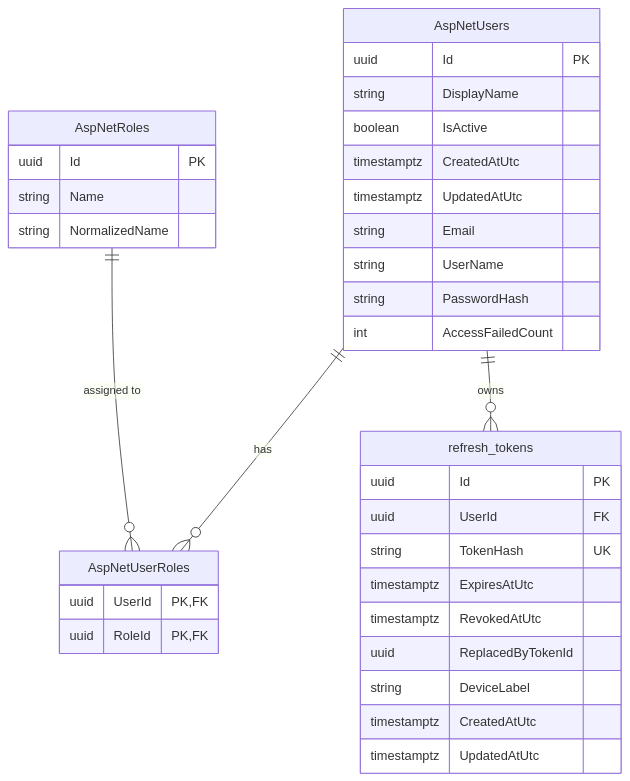
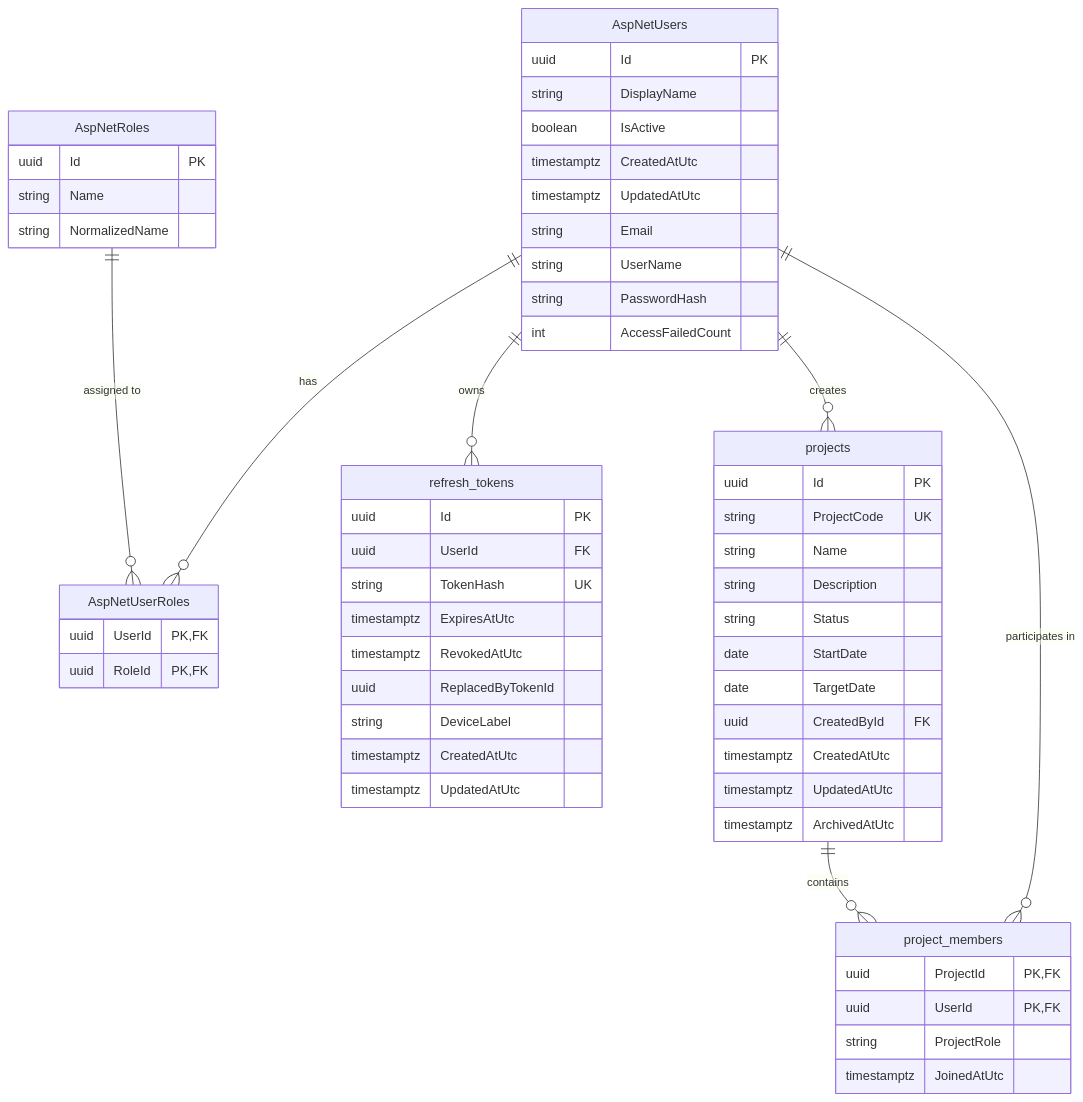
One commit to layanpro123456/WorkFlowPro changed the diagram in docs/erd.mmd. Above: the diagram before and after it, drawn with Mermaid. The commit also changed 37 other files, not shown here.

```diff
--- a/docs/erd.mmd
+++ b/docs/erd.mmd
@@ -1,39 +1,63 @@
 erDiagram
     AspNetUsers ||--o{ AspNetUserRoles : "has"
     AspNetRoles ||--o{ AspNetUserRoles : "assigned to"
     AspNetUsers ||--o{ refresh_tokens : "owns"
+    AspNetUsers ||--o{ projects : "creates"
+    AspNetUsers ||--o{ project_members : "participates in"
+    projects ||--o{ project_members : "contains"
 
     AspNetUsers {
         uuid Id PK
         string DisplayName
         boolean IsActive
         timestamptz CreatedAtUtc
         timestamptz UpdatedAtUtc
         string Email
         string UserName
         string PasswordHash
         int AccessFailedCount
     }
 
     AspNetRoles {
         uuid Id PK
         string Name
         string NormalizedName
     }
 
     AspNetUserRoles {
         uuid UserId PK, FK
         uuid RoleId PK, FK
     }
 
     refresh_tokens {
         uuid Id PK
         uuid UserId FK
         string TokenHash UK
         timestamptz ExpiresAtUtc
         timestamptz RevokedAtUtc
         uuid ReplacedByTokenId
         string DeviceLabel
         timestamptz CreatedAtUtc
         timestamptz UpdatedAtUtc
     }
+
+    projects {
+        uuid Id PK
+        string ProjectCode UK
+        string Name
+        string Description
+        string Status
+        date StartDate
+        date TargetDate
+        uuid CreatedById FK
+        timestamptz CreatedAtUtc
+        timestamptz UpdatedAtUtc
+        timestamptz ArchivedAtUtc
+    }
+
+    project_members {
+        uuid ProjectId PK, FK
+        uuid UserId PK, FK
+        string ProjectRole
+        timestamptz JoinedAtUtc
+    }
```
